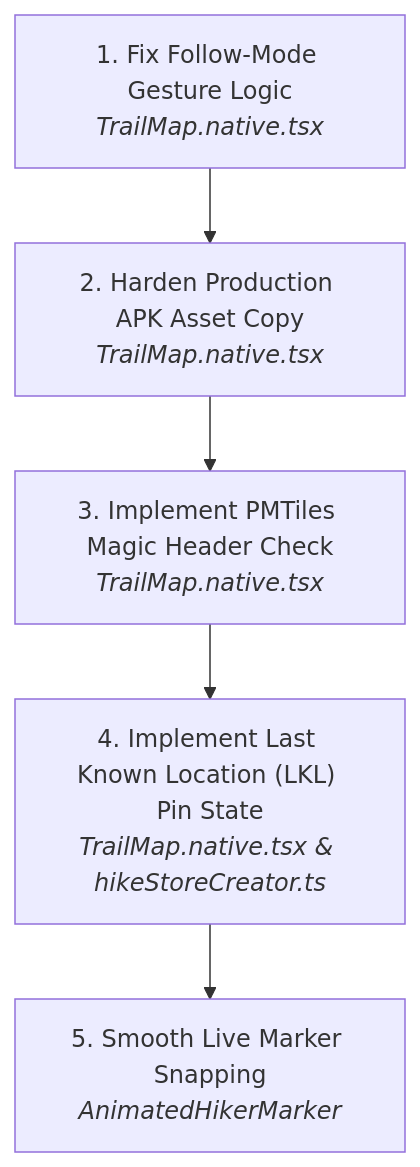
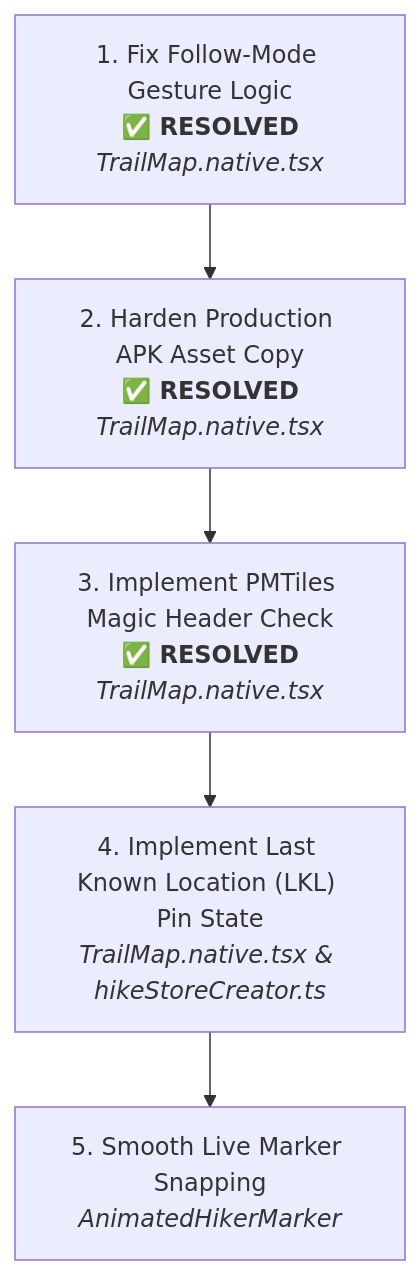
One commit to arREY-N/thrail_app changed the diagram in plans/MAP_SYSTEM_AUDIT_REPORT.md. Above: the diagram before and after it, drawn with Mermaid. The commit also changed other lines of this file, not shown here.

Commit message:
docs(plans): mark audit items 1 to 3 as resolved in MAP_SYSTEM_AUDIT_REPORT.md

````diff
--- a/plans/MAP_SYSTEM_AUDIT_REPORT.md
+++ b/plans/MAP_SYSTEM_AUDIT_REPORT.md
@@ -177,7 +177,7 @@
 ```mermaid
 graph TD
-    Item1["1. Fix Follow-Mode Gesture Logic<br><i>TrailMap.native.tsx</i>"] --> Item2["2. Harden Production APK Asset Copy<br><i>TrailMap.native.tsx</i>"]
-    Item2 --> Item3["3. Implement PMTiles Magic Header Check<br><i>TrailMap.native.tsx</i>"]
+    Item1["1. Fix Follow-Mode Gesture Logic<br><b>✅ RESOLVED</b><br><i>TrailMap.native.tsx</i>"] --> Item2["2. Harden Production APK Asset Copy<br><b>✅ RESOLVED</b><br><i>TrailMap.native.tsx</i>"]
+    Item2 --> Item3["3. Implement PMTiles Magic Header Check<br><b>✅ RESOLVED</b><br><i>TrailMap.native.tsx</i>"]
     Item3 --> Item4["4. Implement Last Known Location (LKL) Pin State<br><i>TrailMap.native.tsx & hikeStoreCreator.ts</i>"]
     Item4 --> Item5["5. Smooth Live Marker Snapping<br><i>AnimatedHikerMarker</i>"]
 ```
````
